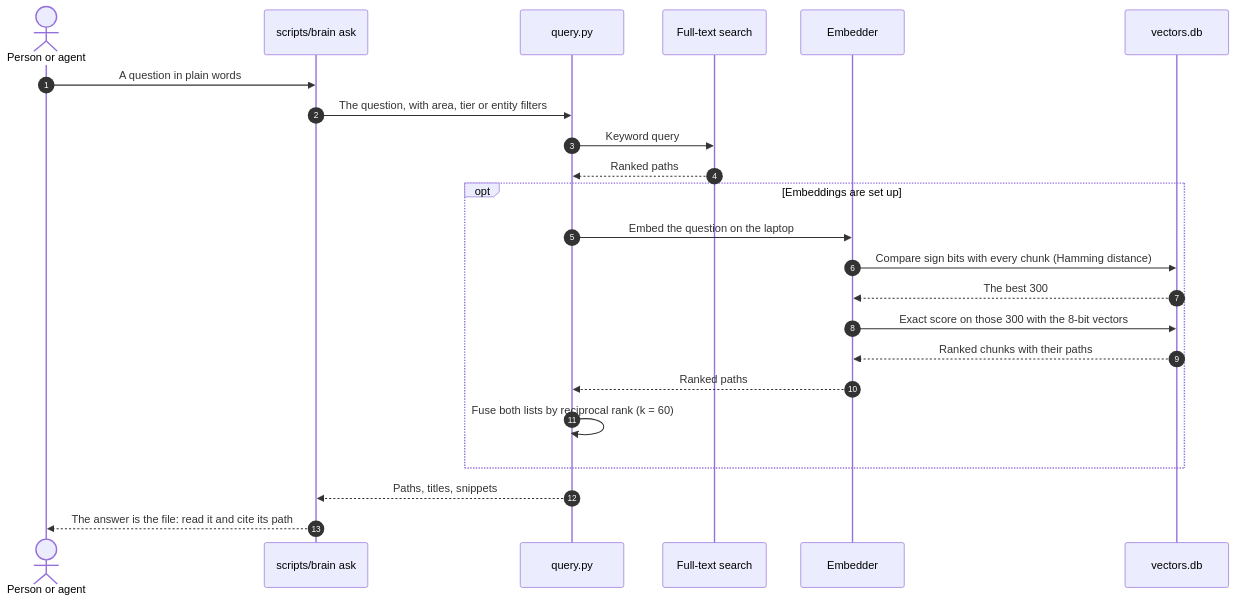
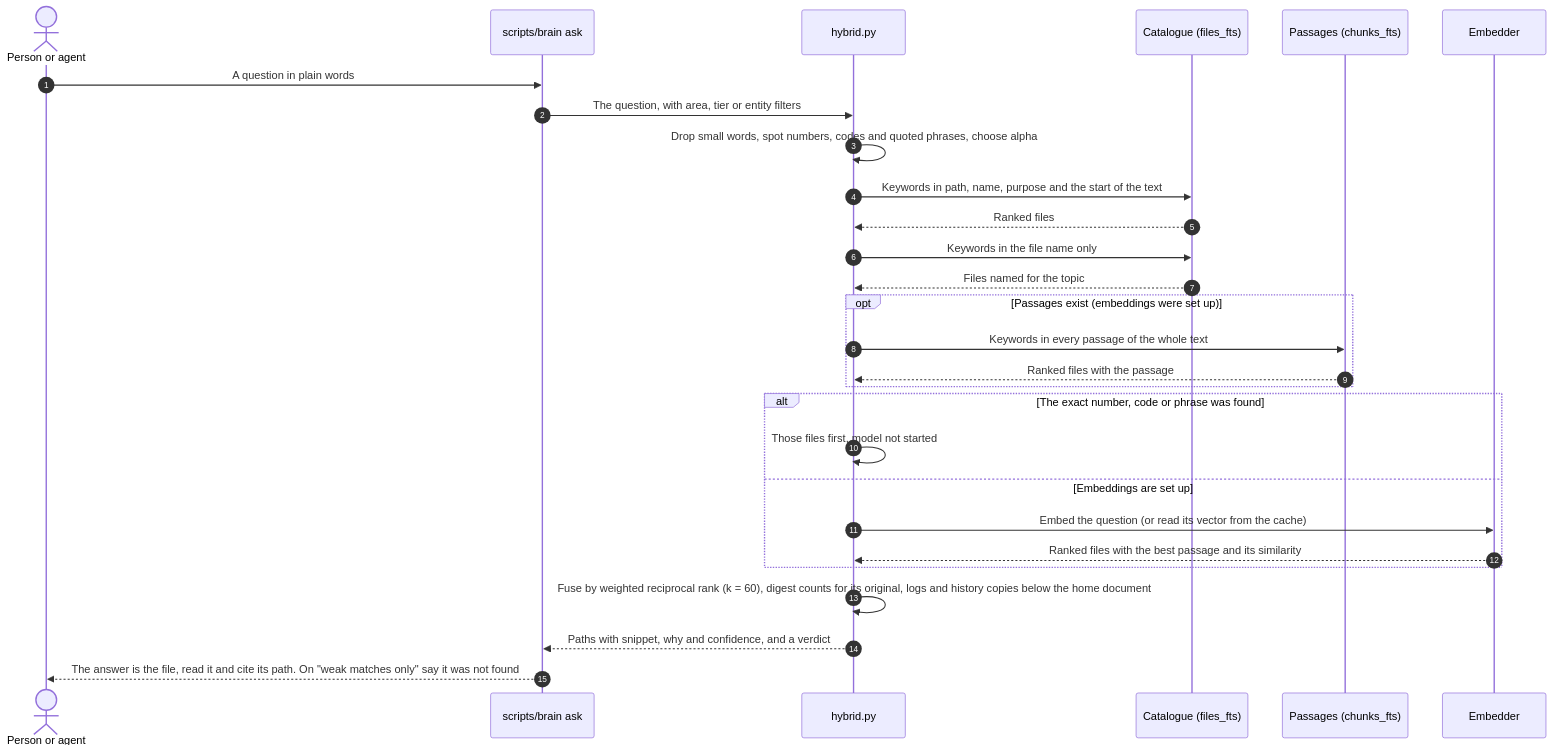
Before and after one commit to solutionplus-dev/company-brain: diagram 17 of 23 in docs/DIAGRAMS.md, drawn with Mermaid. The commit also changed other lines of this file and 22 other files, not shown here.

First line of the commit message:
Hybrid search by default; the weekday blocks are the one home of the brain's work on itself (#1)

````diff
--- a/docs/DIAGRAMS.md
+++ b/docs/DIAGRAMS.md
@@ -447,26 +447,31 @@
 ```mermaid
 sequenceDiagram
   autonumber
   actor U as Person or agent
   participant B as scripts/brain ask
-  participant Q as query.py
-  participant FTS as Full-text search
+  participant H as hybrid.py
+  participant C as Catalogue (files_fts)
+  participant P as Passages (chunks_fts)
   participant E as Embedder
-  participant V as vectors.db
 
   U->>B: A question in plain words
-  B->>Q: The question, with area, tier or entity filters
-  Q->>FTS: Keyword query
-  FTS-->>Q: Ranked paths
-  opt Embeddings are set up
-    Q->>E: Embed the question on the laptop
-    E->>V: Compare sign bits with every chunk (Hamming distance)
-    V-->>E: The best 300
-    E->>V: Exact score on those 300 with the 8-bit vectors
-    V-->>E: Ranked chunks with their paths
-    E-->>Q: Ranked paths
-    Q->>Q: Fuse both lists by reciprocal rank (k = 60)
+  B->>H: The question, with area, tier or entity filters
+  H->>H: Drop small words, spot numbers, codes and quoted phrases, choose alpha
+  H->>C: Keywords in path, name, purpose and the start of the text
+  C-->>H: Ranked files
+  H->>C: Keywords in the file name only
+  C-->>H: Files named for the topic
+  opt Passages exist (embeddings were set up)
+    H->>P: Keywords in every passage of the whole text
+    P-->>H: Ranked files with the passage
   end
-  Q-->>B: Paths, titles, snippets
-  B-->>U: The answer is the file: read it and cite its path
+  alt The exact number, code or phrase was found
+    H->>H: Those files first, model not started
+  else Embeddings are set up
+    H->>E: Embed the question (or read its vector from the cache)
+    E-->>H: Ranked files with the best passage and its similarity
+  end
+  H->>H: Fuse by weighted reciprocal rank (k = 60), digest counts for its original, logs and history copies below the home document
+  H-->>B: Paths with snippet, why and confidence, and a verdict
+  B-->>U: The answer is the file, read it and cite its path. On "weak matches only" say it was not found
 ```
````
